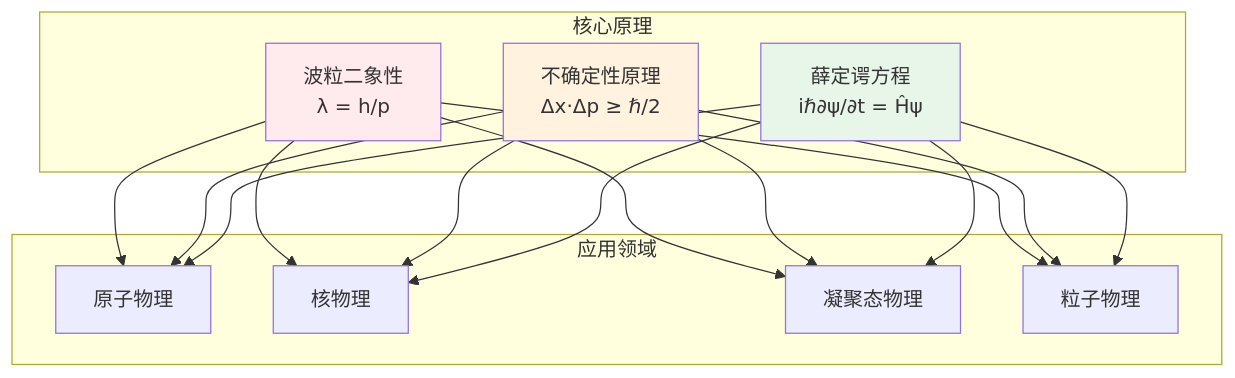
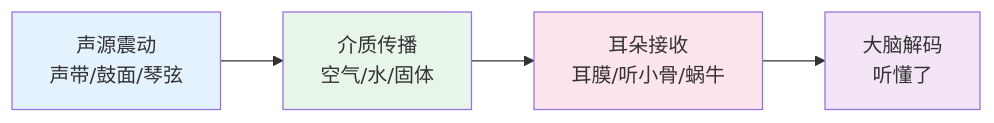
The ninth of 10 diagrams in content/natural-sciences/physics/index.md (wxyClark/wxyClark.github.io), drawn with Mermaid before and after one commit. The commit also changed other lines of this file and 11 other files, not shown here.

````diff
--- a/content/natural-sciences/physics/index.md
+++ b/content/natural-sciences/physics/index.md
@@ -253,21 +196,11 @@
 ```mermaid
-graph TB
-    subgraph 核心原理
-        Q1[波粒二象性<br/>λ = h/p]
-        Q2[不确定性原理<br/>Δx·Δp ≥ ℏ/2]
-        Q3[薛定谔方程<br/>iℏ∂ψ/∂t = Ĥψ]
-    end
+flowchart LR
+    V1[声源震动<br/>声带/鼓面/琴弦] --> V2[介质传播<br/>空气/水/固体] 
+    V2 --> V3[耳朵接收<br/>耳膜/听小骨/蜗牛] 
+    V3 --> V4[大脑解码<br/>听懂了]
     
-    subgraph 应用领域
-        A1[原子物理]
-        A2[核物理]
-        A3[凝聚态物理]
-        A4[粒子物理]
-    end
-    
-    Q1 & Q2 & Q3 --> A1 & A2 & A3 & A4
-    
-    style Q1 fill:#ffebee
-    style Q2 fill:#fff3e0
-    style Q3 fill:#e8f5e9
+    style V1 fill:#e3f2fd
+    style V2 fill:#e8f5e9
+    style V3 fill:#fce4ec
+    style V4 fill:#f3e5f5
 ```
````
